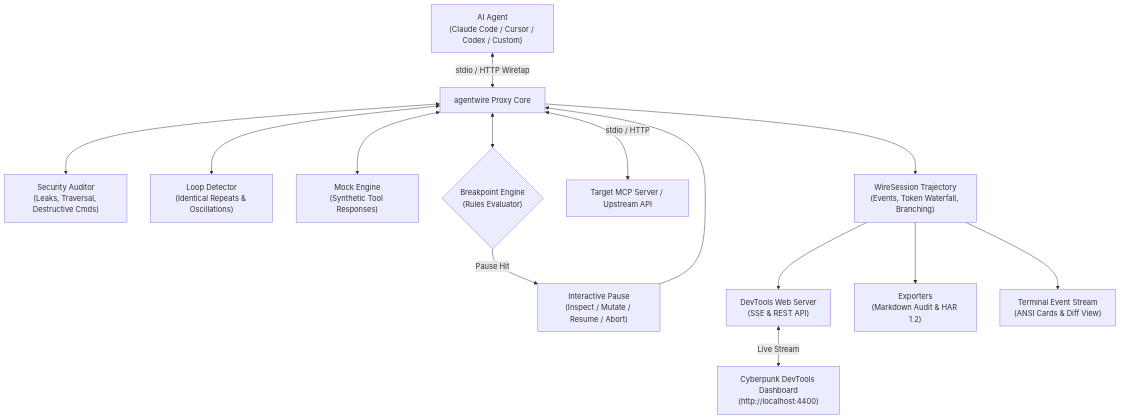
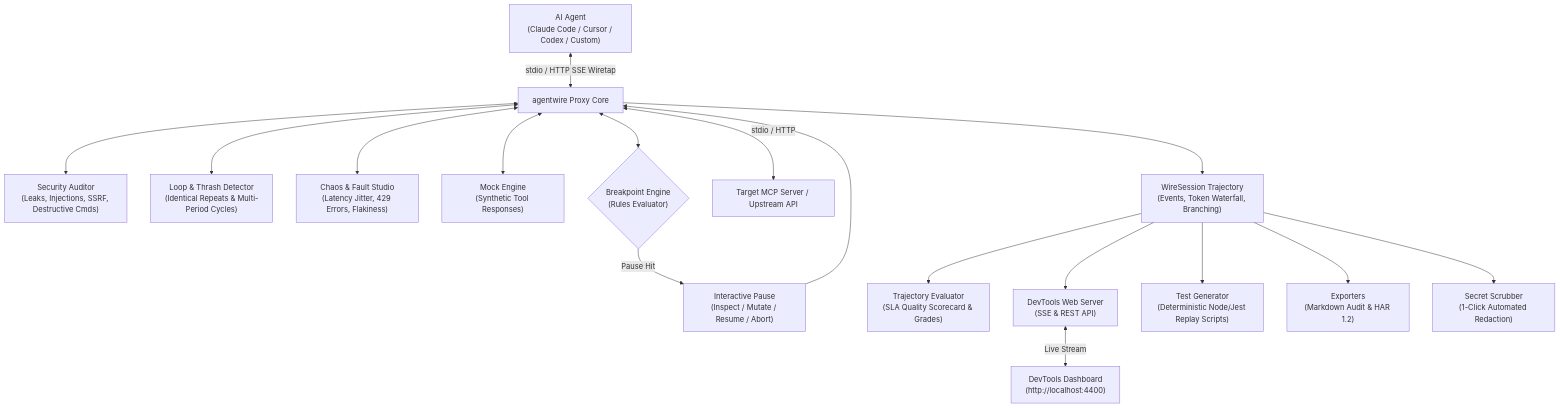
The diagram in README.md (shenald-dev/agentwire), drawn with Mermaid before and after one commit. The commit also changed other lines of this file and 25 other files, not shown here.

Commit message:
feat: introduce chaos studio, prompt guard, trajectory eval, secret scrubber, and reproduction generator

````diff
--- a/README.md
+++ b/README.md
@@ -147,16 +171,19 @@
 ```mermaid
 flowchart TD
-    Client["AI Agent<br/>(Claude Code / Cursor / Codex / Custom)"] <-->|"stdio / HTTP Wiretap"| Proxy["agentwire Proxy Core"]
-    Proxy <--> Security["Security Auditor<br/>(Leaks, Traversal, Destructive Cmds)"]
-    Proxy <--> Loop["Loop Detector<br/>(Identical Repeats & Oscillations)"]
+    Client["AI Agent<br/>(Claude Code / Cursor / Codex / Custom)"] <-->|"stdio / HTTP SSE Wiretap"| Proxy["agentwire Proxy Core"]
+    Proxy <--> Security["Security Auditor<br/>(Leaks, Injections, SSRF, Destructive Cmds)"]
+    Proxy <--> Loop["Loop & Thrash Detector<br/>(Identical Repeats & Multi-Period Cycles)"]
+    Proxy <--> Chaos["Chaos & Fault Studio<br/>(Latency Jitter, 429 Errors, Flakiness)"]
     Proxy <--> Mock["Mock Engine<br/>(Synthetic Tool Responses)"]
     Proxy <--> Breakpoint{"Breakpoint Engine<br/>(Rules Evaluator)"}
     Breakpoint -->|"Pause Hit"| Pause["Interactive Pause<br/>(Inspect / Mutate / Resume / Abort)"]
     Pause --> Proxy
     Proxy <-->|"stdio / HTTP"| MCPServer["Target MCP Server / Upstream API"]
     Proxy --> Session["WireSession Trajectory<br/>(Events, Token Waterfall, Branching)"]
+    Session --> Evaluator["Trajectory Evaluator<br/>(SLA Quality Scorecard & Grades)"]
     Session --> WebServer["DevTools Web Server<br/>(SSE & REST API)"]
-    WebServer <-->|"Live Stream"| WebUI["Cyberpunk DevTools Dashboard<br/>(http://localhost:4400)"]
+    WebServer <-->|"Live Stream"| WebUI["DevTools Dashboard<br/>(http://localhost:4400)"]
+    Session --> TestGen["Test Generator<br/>(Deterministic Node/Jest Replay Scripts)"]
     Session --> Exporters["Exporters<br/>(Markdown Audit & HAR 1.2)"]
-    Session --> CLI["Terminal Event Stream<br/>(ANSI Cards & Diff View)"]
+    Session --> Scrubber["Secret Scrubber<br/>(1-Click Automated Redaction)"]
 ```
````
